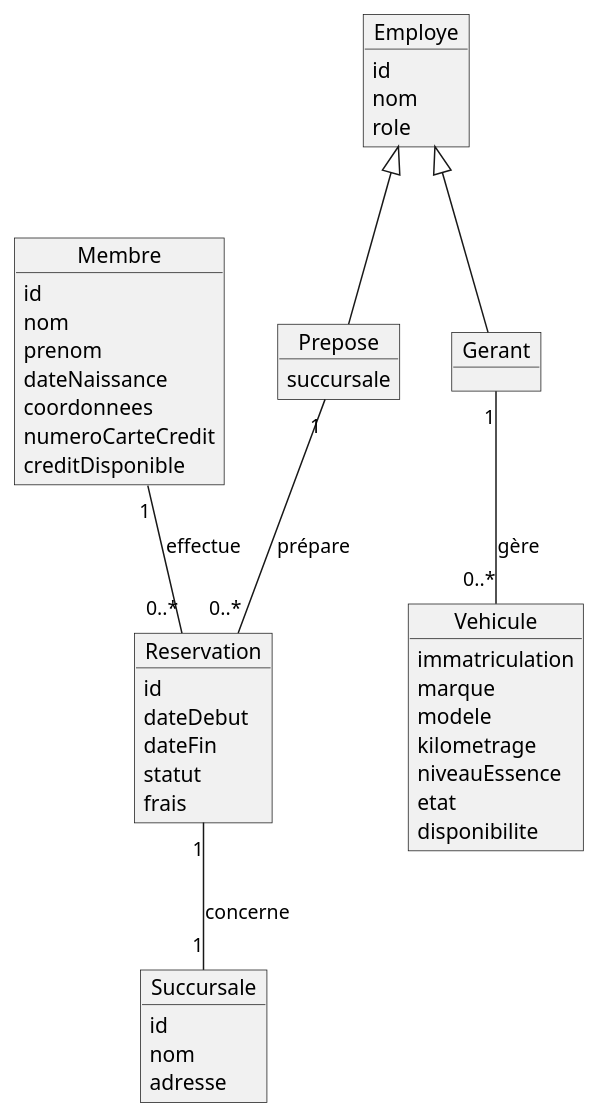
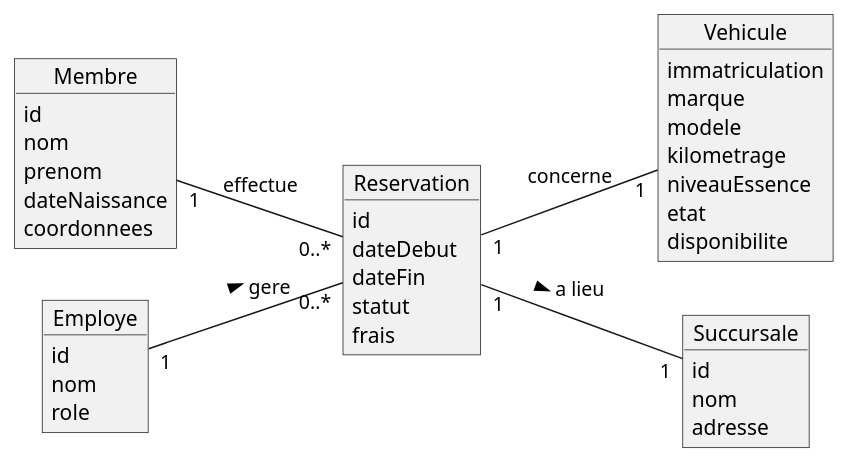
Before and after one commit to AlimouDiallo367/1SY-AnalyseObjet: the diagram in UML/TP1_RentIT/modele-du-domaine.puml, drawn with PlantUML. The commit also changed 6 other files, not shown here.

Commit message:
Modele du domaine et diagramme de sequence

```diff
--- a/UML/TP1_RentIT/modele-du-domaine.puml
+++ b/UML/TP1_RentIT/modele-du-domaine.puml
@@ -1,58 +1,45 @@
 @startuml RentIT
+left to right direction 
 object Membre {
     id
     nom 
     prenom 
     dateNaissance 
     coordonnees
-    numeroCarteCredit
-    creditDisponible
 }
 
 object Vehicule {
     immatriculation 
     marque 
     modele 
     kilometrage 
     niveauEssence 
     etat
     disponibilite 
 }
 
 object Reservation {
     id
     dateDebut
     dateFin 
     statut 
     frais 
 }
 
 object Succursale {
     id
     nom
     adresse 
 }
 
 object Employe {
     id
     nom
     role 
 }
 
-object Prepose {
-    succursale 
-}
-
-object Gerant {
-
-}
-
-Employe <|-- Prepose  
-Employe <|-- Gerant   
-
 Membre "1" -- "0..*" Reservation : effectue
-Reservation "1" -- "1" Succursale : concerne 
-Prepose "1" -- "0..*" Reservation : prépare
-Gerant "1" -- "0..*" Vehicule : gère
-
+Reservation "1" -- "1" Vehicule : concerne
+Reservation "1" -- "1" Succursale : a lieu >
+Employe "1" -- "0..*" Reservation : gere >
 @enduml 
```
